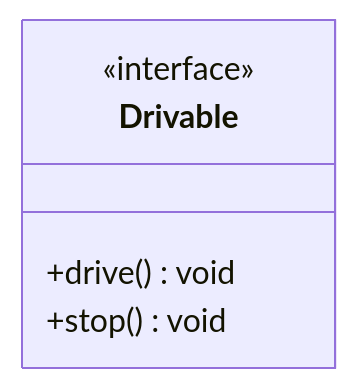
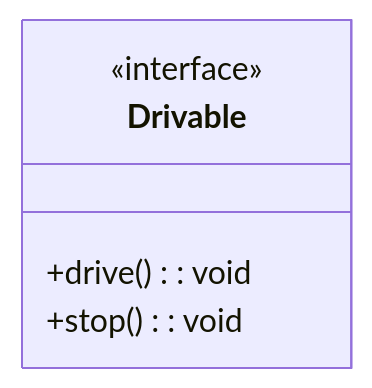
The fourth of 4 diagrams in src/pages/tema-3/c-clases-y-objetos-uml.md (ProfesorPermuta/web-cd), drawn with Mermaid before and after one commit. The commit also changed other lines of this file and 6 other files, not shown here.

First line of the commit message:
Tema 3: guías de Mermaid y ejercicios de diseño sin código

````diff
--- a/src/pages/tema-3/c-clases-y-objetos-uml.md
+++ b/src/pages/tema-3/c-clases-y-objetos-uml.md
@@ -151,8 +178,8 @@
 ```mermaid
 classDiagram
     class Drivable {
         <<interface>>
-        +drive() void
-        +stop() void
+        +drive(): void
+        +stop(): void
     }
 ```
````
